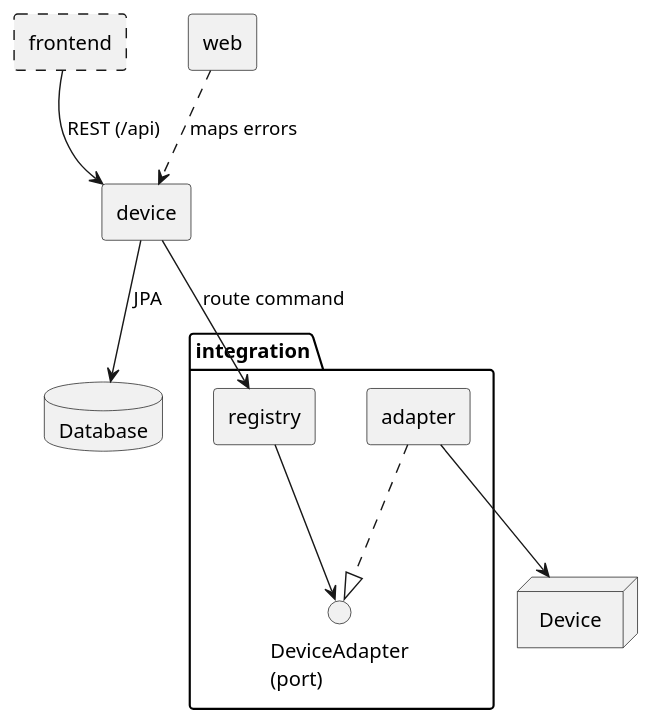
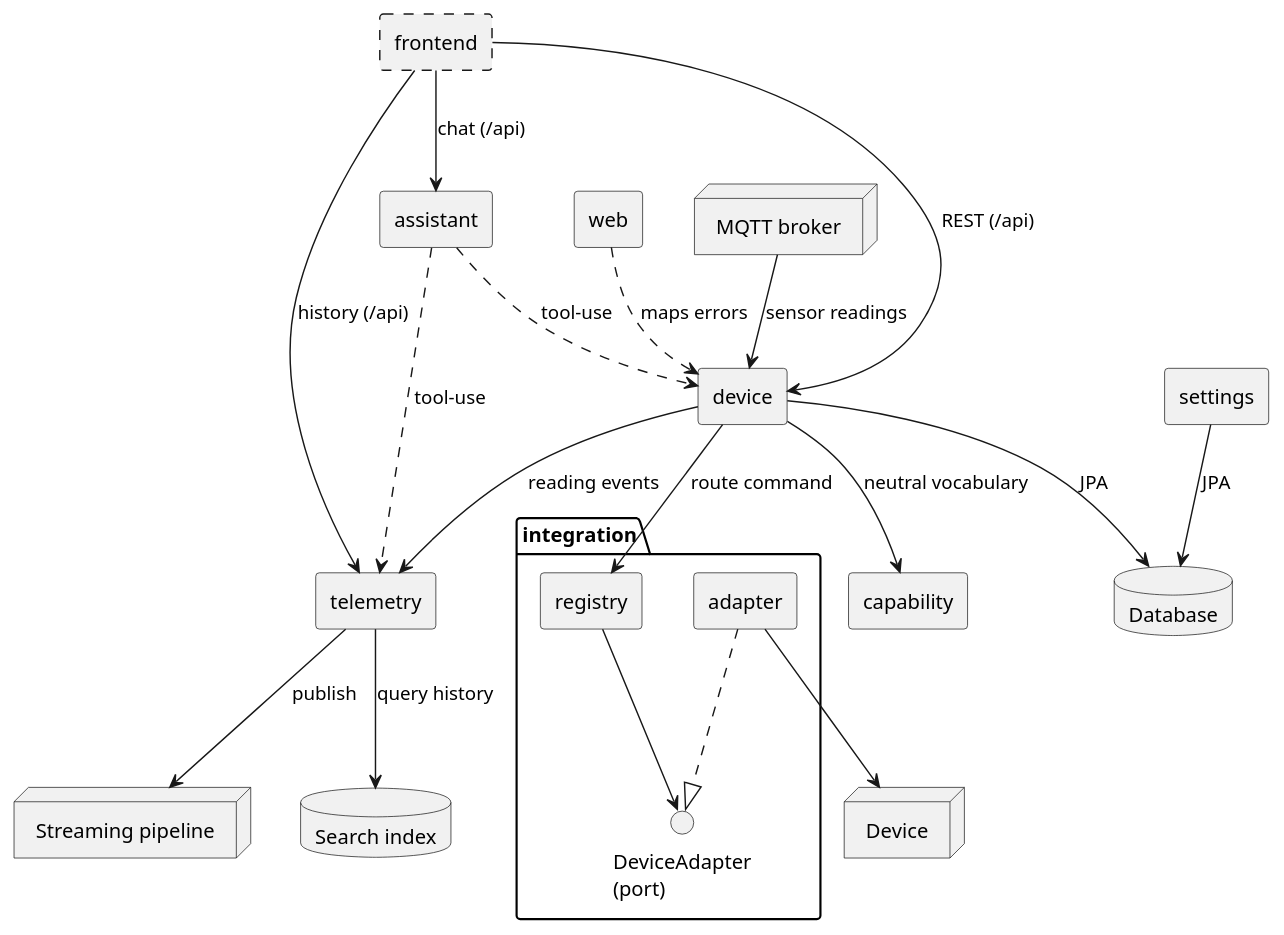
The diagram in docs/modules/ROOT/pages/05-building-block-view.adoc (FelixGeisler/SmartHome), drawn with PlantUML before and after one commit. The commit also changed other lines of this file and 7 other files, not shown here.

Commit message:
#38 Refresh the arc42 building-block, runtime, and deployment views for the telemetry pipeline and AI assistant, fill the glossary, and add ADR 8.

```diff
--- a/docs/modules/ROOT/pages/05-building-block-view.adoc
+++ b/docs/modules/ROOT/pages/05-building-block-view.adoc
@@ -3,25 +3,42 @@
 [plantuml,building-blocks,svg]
 ----
 @startuml
 skinparam componentStyle rectangle
 
 [frontend] #line.dashed
+[assistant]
 [web]
 [device]
+[capability]
 package "integration" {
   interface "DeviceAdapter\n(port)" as port
   [registry]
   [adapter]
 }
+[settings]
+[telemetry]
 database "Database" as db
+database "Search index" as idx
+node "MQTT broker" as broker
+node "Streaming pipeline" as pipeline
 node "Device" as dev
 
 [frontend] --> [device] : REST (/api)
+[frontend] --> [telemetry] : history (/api)
+[frontend] --> [assistant] : chat (/api)
+[assistant] ..> [device] : tool-use
+[assistant] ..> [telemetry] : tool-use
 [web] ..> [device] : maps errors
+[device] --> [capability] : neutral vocabulary
 [device] --> db : JPA
 [device] --> [registry] : route command
 [registry] --> port
 [adapter] ..|> port
 [adapter] --> dev
+broker --> [device] : sensor readings
+[device] --> [telemetry] : reading events
+[telemetry] --> pipeline : publish
+[telemetry] --> idx : query history
+[settings] --> db : JPA
 @enduml
 ----
```
